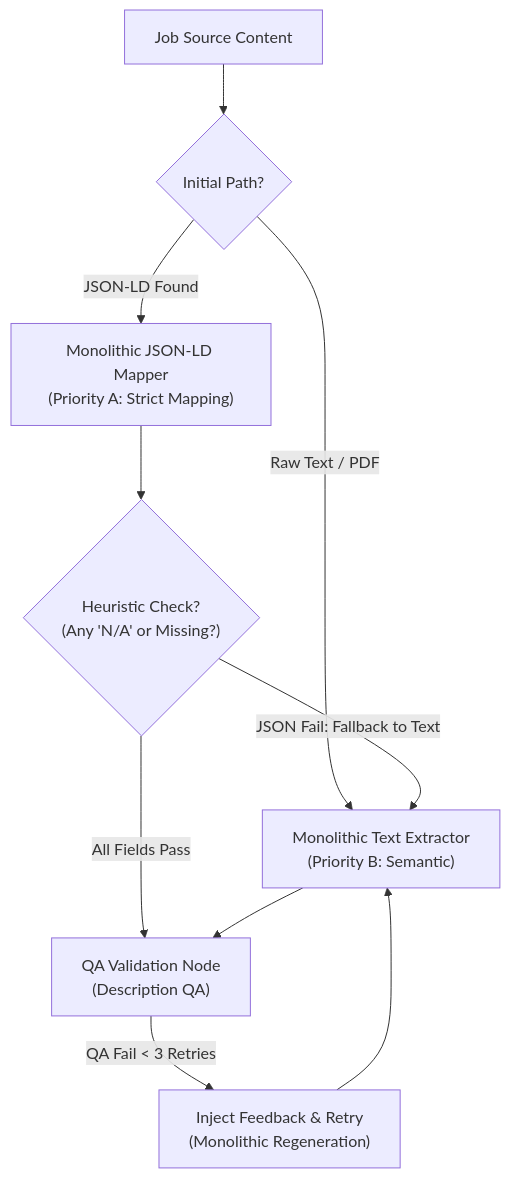
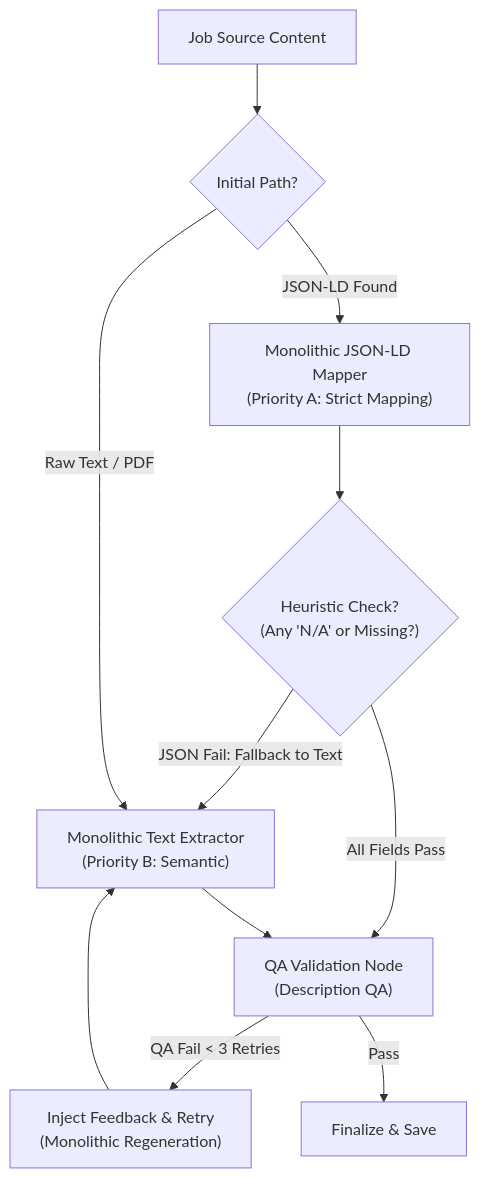
Before and after one commit to yicheinchang/lard: the first of 2 diagrams in backend/README.md, drawn with Mermaid.

Commit message:
docs(ai): manual diagram update and version sync to 0.51.25

````diff
--- a/backend/README.md
+++ b/backend/README.md
@@ -64,18 +64,21 @@
 ```mermaid
 graph TD
     Source["Job Source Content"] --> Mode{"Initial Path?"}
     
-    Mode -- "Raw Text / PDF" --> Extractor["Monolithic Text Extractor<br/>(Priority B: Semantic)"]
+    
     
     Mode -- "JSON-LD Found" --> Mapper["Monolithic JSON-LD Mapper<br/>(Priority A: Strict Mapping)"]
     Mapper --> Heuristic{"Heuristic Check?<br/>(Any 'N/A' or Missing?)"}
     
     Heuristic -- "JSON Fail: Fallback to Text" --> Extractor
     Heuristic -- "All Fields Pass" --> QA["QA Validation Node<br/>(Description QA)"]
     
     Extractor --> QA
     
     QA -- "QA Fail < 3 Retries" --> Retry["Inject Feedback & Retry<br/>(Monolithic Regeneration)"]
     Retry --> Extractor
     
+    QA -- "Pass" --> Final["Finalize & Save"]
+
+    Mode -- "Raw Text / PDF" --> Extractor["Monolithic Text Extractor<br/>(Priority B: Semantic)"]
 ```
````
